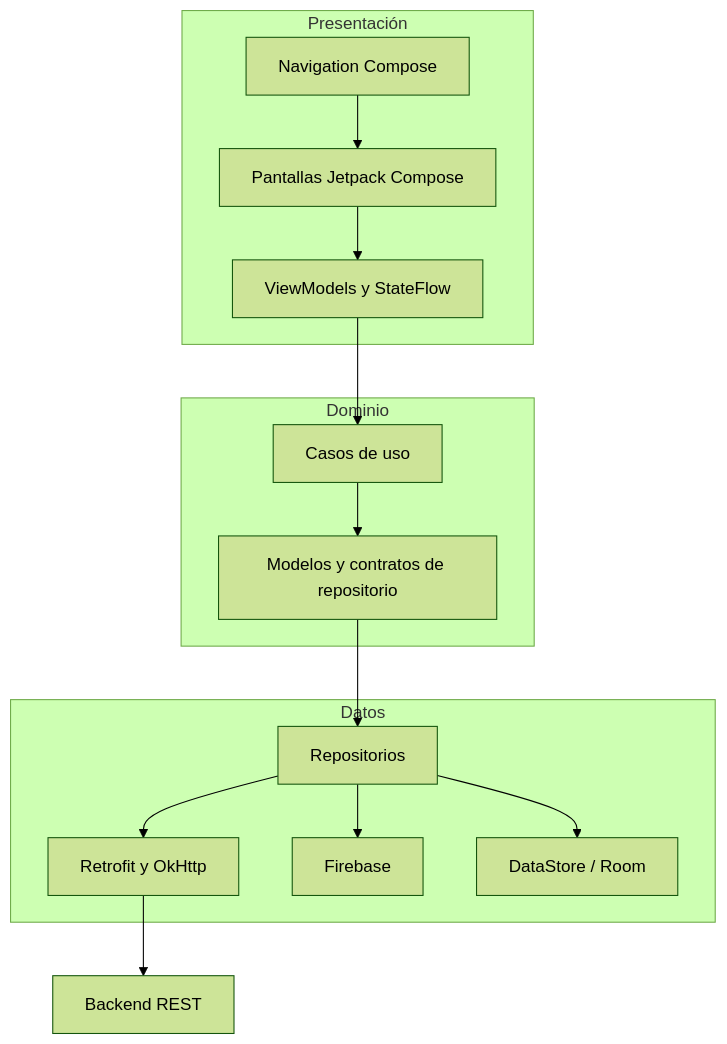
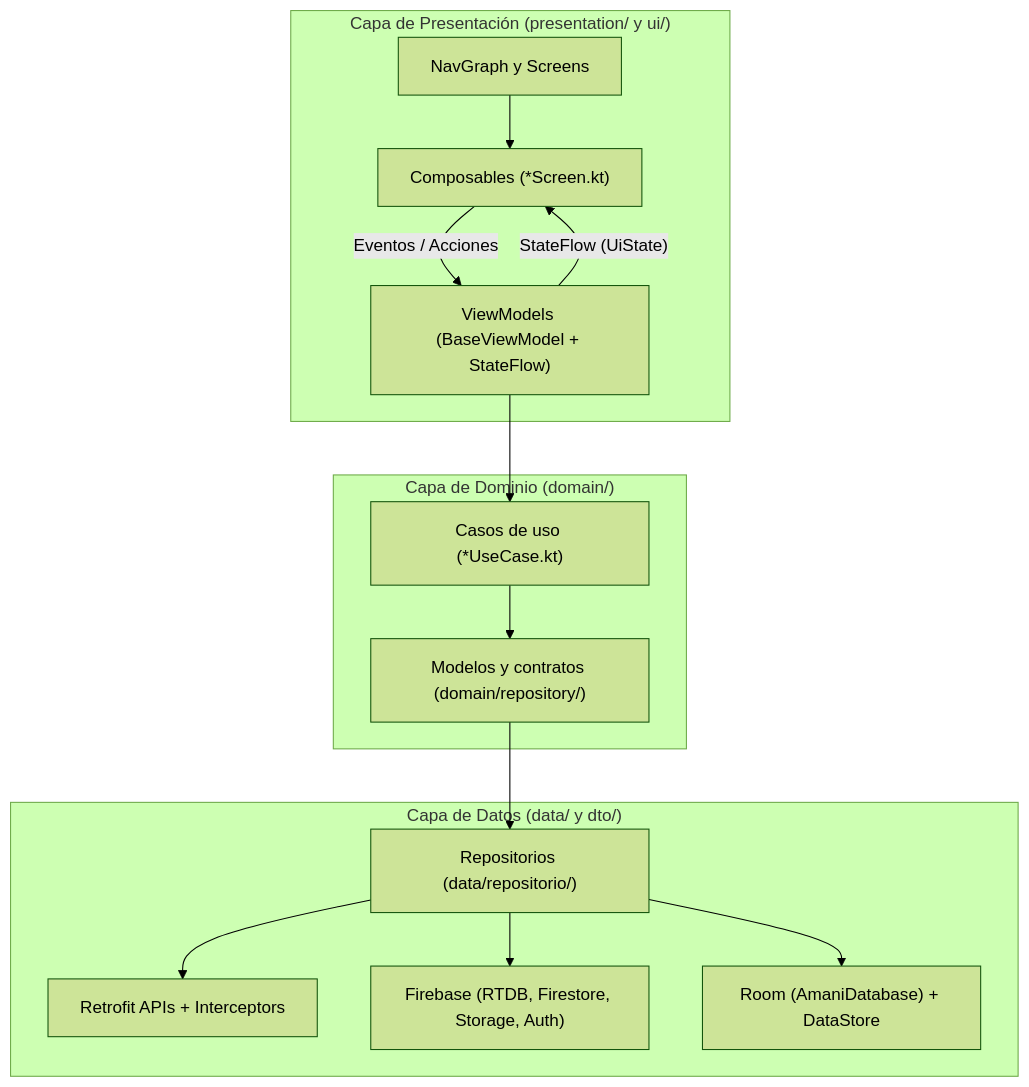
The diagram in docs/arquitectura.md (AmaniGrupo1/AmaniAndroid), drawn with Mermaid (forest theme) before and after one commit. The commit also changed other lines of this file and 60 other files, not shown here.

First line of the commit message:
refactor(ui): unifica pantallas activas con el playbook M3 y alinea MkDocs a Amani

````diff
--- a/docs/arquitectura.md
+++ b/docs/arquitectura.md
@@ -7,27 +9,27 @@
 ```mermaid
 flowchart TB
-    subgraph Presentacion["Presentación"]
-        Compose["Pantallas Jetpack Compose"]
-        VM["ViewModels y StateFlow"]
-        Nav["Navigation Compose"]
-        Compose --> VM
-        Nav --> Compose
+    subgraph Presentacion["Capa de Presentación (presentation/ y ui/)"]
+        Screen["Composables (*Screen.kt)"]
+        VM["ViewModels (BaseViewModel + StateFlow)"]
+        Nav["NavGraph y Screens"]
+        Nav --> Screen
+        Screen -->|"Eventos / Acciones"| VM
+        VM -->|"StateFlow (UiState)"| Screen
     end
-    subgraph Dominio["Dominio"]
-        UC["Casos de uso"]
-        Models["Modelos y contratos de repositorio"]
+    subgraph Dominio["Capa de Dominio (domain/)"]
+        UC["Casos de uso (*UseCase.kt)"]
+        DomModel["Modelos y contratos (domain/repository/)"]
         VM --> UC
-        UC --> Models
+        UC --> DomModel
     end
-    subgraph Datos["Datos"]
-        Repo["Repositorios"]
-        Retrofit["Retrofit y OkHttp"]
-        Firebase["Firebase"]
-        Local["DataStore / Room"]
-        Models --> Repo
-        Repo --> Retrofit
-        Repo --> Firebase
+    subgraph Datos["Capa de Datos (data/ y dto/)"]
+        Repo["Repositorios (data/repositorio/)"]
+        Remote["Retrofit APIs + Interceptors"]
+        FB["Firebase (RTDB, Firestore, Storage, Auth)"]
+        Local["Room (AmaniDatabase) + DataStore"]
+        DomModel --> Repo
+        Repo --> Remote
+        Repo --> FB
         Repo --> Local
     end
-    Retrofit --> Backend["Backend REST"]
 ```
````
